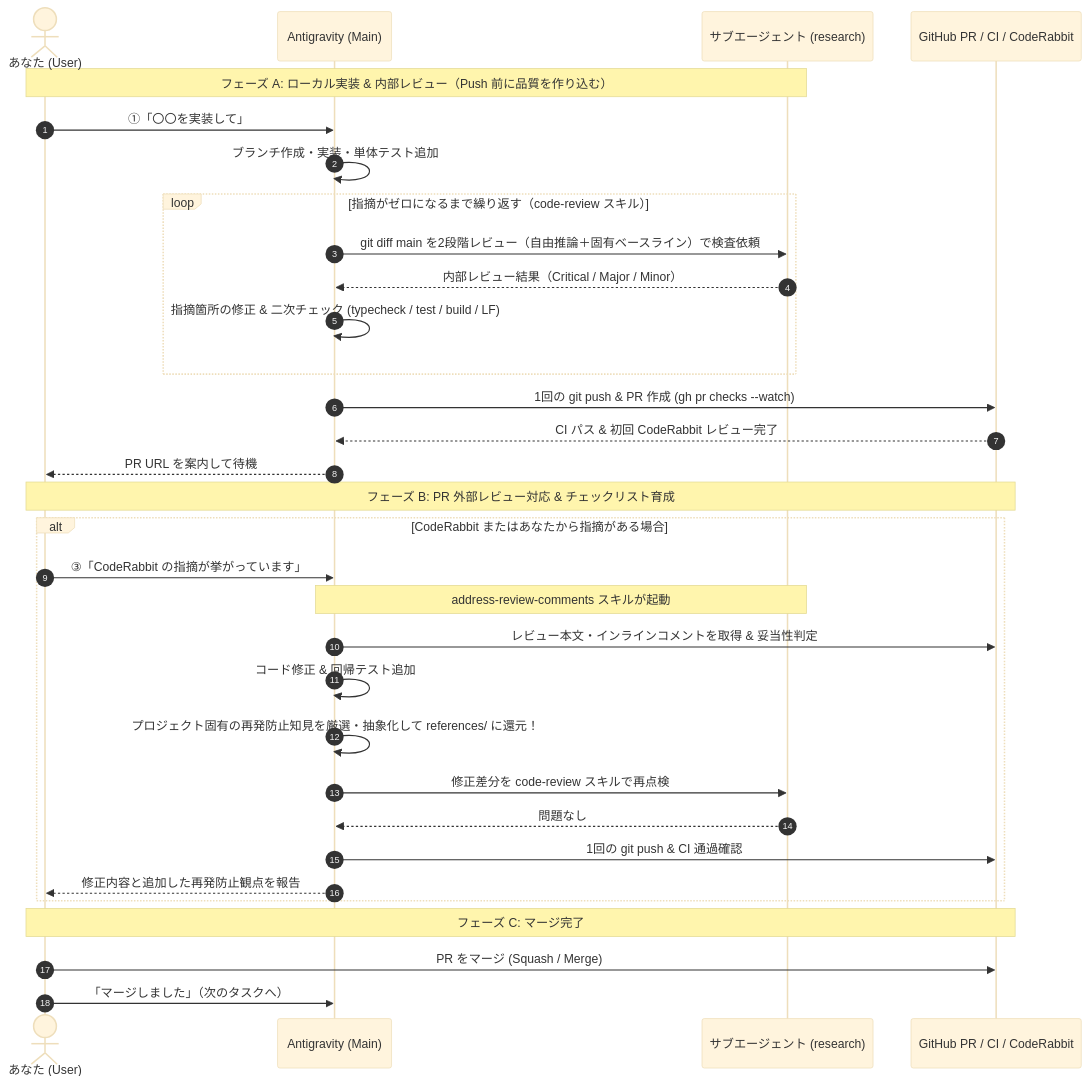
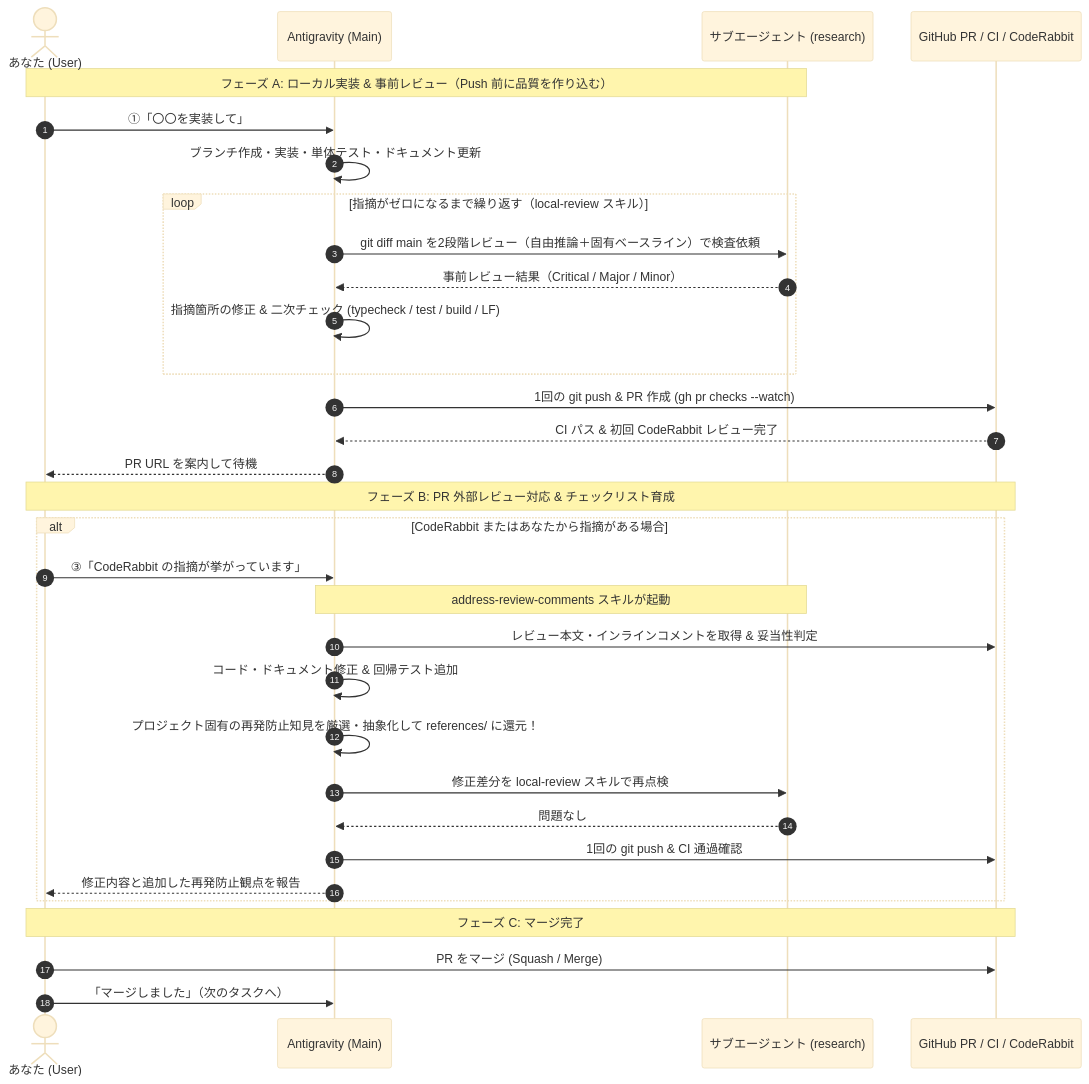
One commit to asabon/personal-dev-dashboard changed the first of 2 diagrams in docs/dev/release-flow.md. Above: the diagram before and after it, drawn with Mermaid (base theme). The commit also changed other lines of this file and 9 other files, not shown here.

Commit message:
chore: 事前レビュースキル・ルール名を local-review に改称しドキュメント対象を明記 (#66)

````diff
--- a/docs/dev/release-flow.md
+++ b/docs/dev/release-flow.md
@@ -33,37 +33,37 @@
 ```mermaid
 sequenceDiagram
     autonumber
     actor User as あなた (User)
     participant Agent as Antigravity (Main)
     participant Sub as サブエージェント (research)
     participant GH as GitHub PR / CI / CodeRabbit
 
-    Note over User,Sub: フェーズ A: ローカル実装 & 内部レビュー（Push 前に品質を作り込む）
+    Note over User,Sub: フェーズ A: ローカル実装 & 事前レビュー（Push 前に品質を作り込む）
     User->>Agent: ①「〇〇を実装して」
-    Agent->>Agent: ブランチ作成・実装・単体テスト追加
-    loop 指摘がゼロになるまで繰り返す（code-review スキル）
+    Agent->>Agent: ブランチ作成・実装・単体テスト・ドキュメント更新
+    loop 指摘がゼロになるまで繰り返す（local-review スキル）
         Agent->>Sub: git diff main を2段階レビュー（自由推論＋固有ベースライン）で検査依頼
-        Sub-->>Agent: 内部レビュー結果（Critical / Major / Minor）
+        Sub-->>Agent: 事前レビュー結果（Critical / Major / Minor）
         Agent->>Agent: 指摘箇所の修正 & 二次チェック (typecheck / test / build / LF)
     end
     Agent->>GH: 1回の git push & PR 作成 (gh pr checks --watch)
     GH-->>Agent: CI パス & 初回 CodeRabbit レビュー完了
     Agent-->>User: PR URL を案内して待機
 
     Note over User,GH: フェーズ B: PR 外部レビュー対応 & チェックリスト育成
     alt CodeRabbit またはあなたから指摘がある場合
         User->>Agent: ③「CodeRabbit の指摘が挙がっています」
         Note over Agent,Sub: address-review-comments スキルが起動
         Agent->>GH: レビュー本文・インラインコメントを取得 & 妥当性判定
-        Agent->>Agent: コード修正 & 回帰テスト追加
+        Agent->>Agent: コード・ドキュメント修正 & 回帰テスト追加
         Agent->>Agent: プロジェクト固有の再発防止知見を厳選・抽象化して references/ に還元！
-        Agent->>Sub: 修正差分を code-review スキルで再点検
+        Agent->>Sub: 修正差分を local-review スキルで再点検
         Sub-->>Agent: 問題なし
         Agent->>GH: 1回の git push & CI 通過確認
         Agent-->>User: 修正内容と追加した再発防止観点を報告
     end
 
     Note over User,GH: フェーズ C: マージ完了
     User->>GH: PR をマージ (Squash / Merge)
     User->>Agent: 「マージしました」（次のタスクへ）
 ```
````
